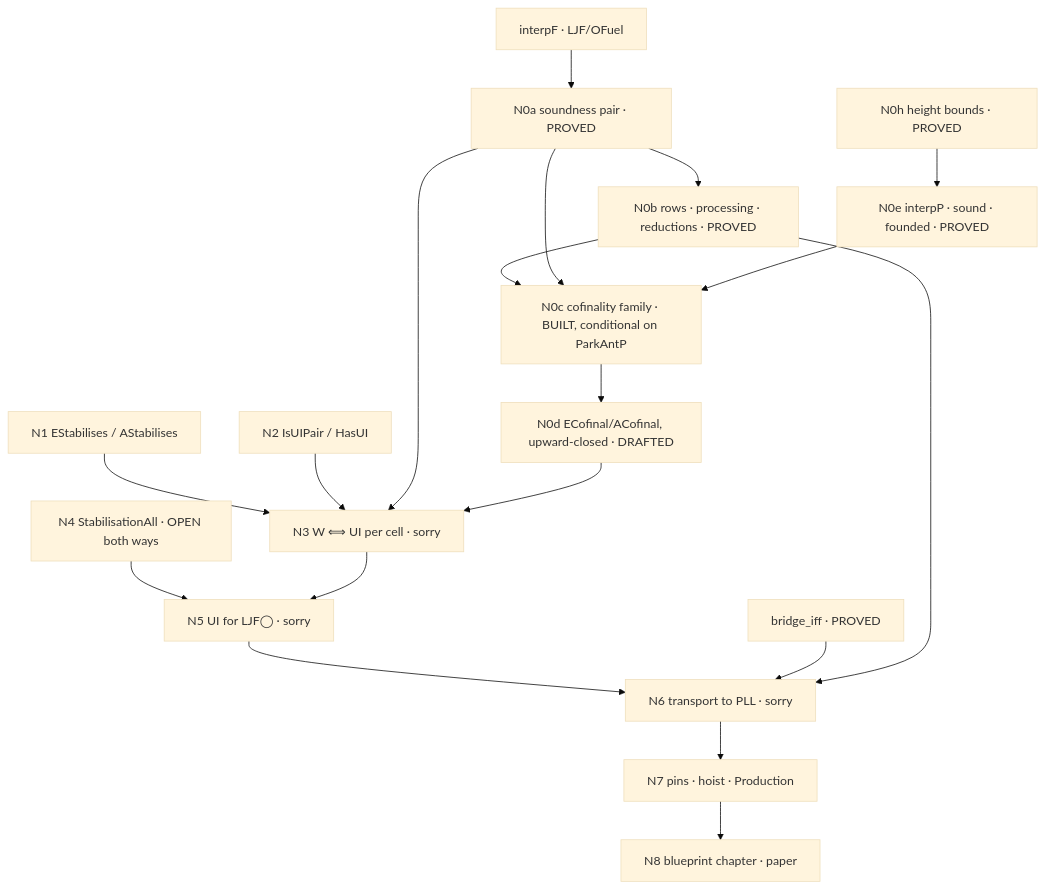
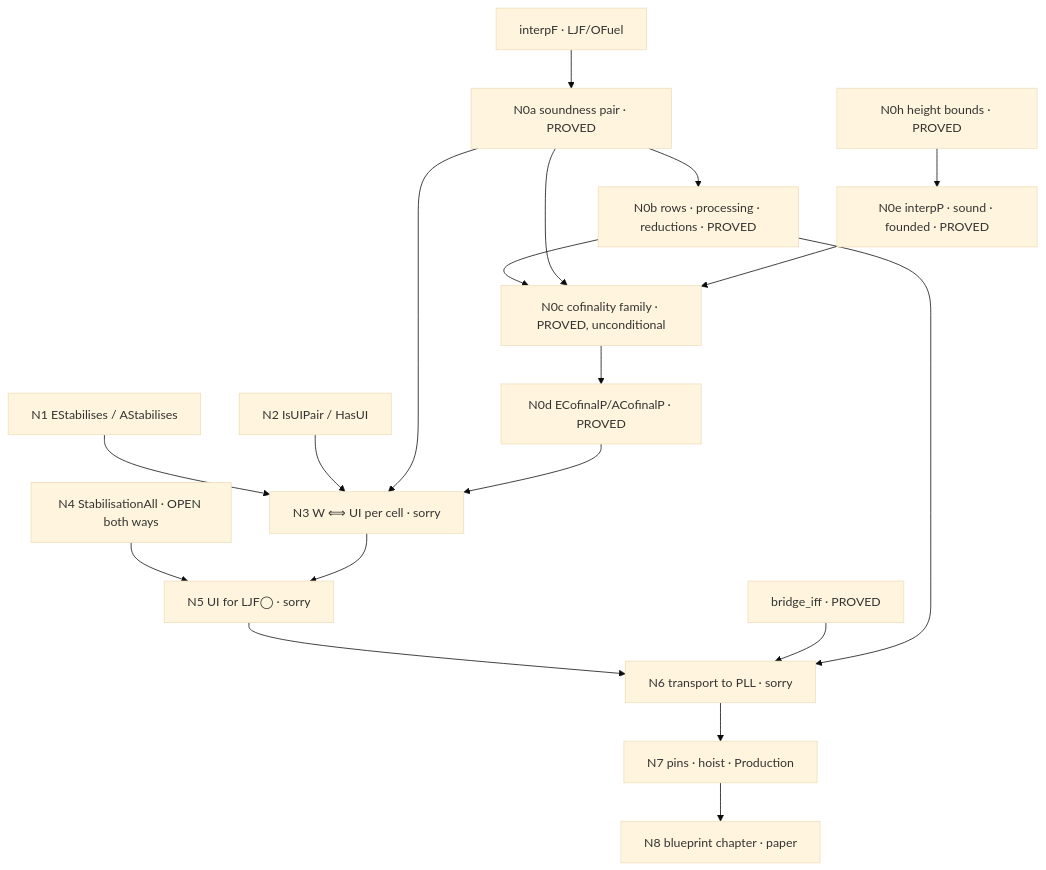
One commit to fairflow/lax-logic-in-lean changed the diagram in docs/ui-routeB-blueprint.md. Above: the diagram before and after it, drawn with Mermaid (base theme). The commit also changed other lines of this file and 1 other file, not shown here.

First line of the commit message:
docs(ui): §4.17 — the height-first re-founding, the call graph refuted, the two facts Part 10 does not carry; N0c and N0d PROVED

````diff
--- a/docs/ui-routeB-blueprint.md
+++ b/docs/ui-routeB-blueprint.md
@@ -79,21 +79,21 @@
 ```mermaid
 graph TD
   interpF[interpF · LJF/OFuel] --> N0a[N0a soundness pair · PROVED]
   N0a --> N0b[N0b rows · processing · reductions · PROVED]
-  N0b --> N0c[N0c cofinality family · BUILT, conditional on ParkAntP]
+  N0b --> N0c[N0c cofinality family · PROVED, unconditional]
   N0a --> N0c
   H[N0h height bounds · PROVED] --> N0e[N0e interpP · sound · founded · PROVED]
   N0e --> N0c
-  N0c --> N0d[N0d ECofinal/ACofinal, upward-closed · DRAFTED]
+  N0c --> N0d[N0d ECofinalP/ACofinalP · PROVED]
   N1[N1 EStabilises / AStabilises] --> N3
   N2[N2 IsUIPair / HasUI] --> N3
   N0a --> N3[N3 W ⟺ UI per cell · sorry]
   N0d --> N3
   N4[N4 StabilisationAll · OPEN both ways] --> N5[N5 UI for LJF◯ · sorry]
   N3 --> N5
   N5 --> N6[N6 transport to PLL · sorry]
   B[bridge_iff · PROVED] --> N6
   N0b --> N6
   N6 --> N7[N7 pins · hoist · Production]
   N7 --> N8[N8 blueprint chapter · paper]
 ```
````
